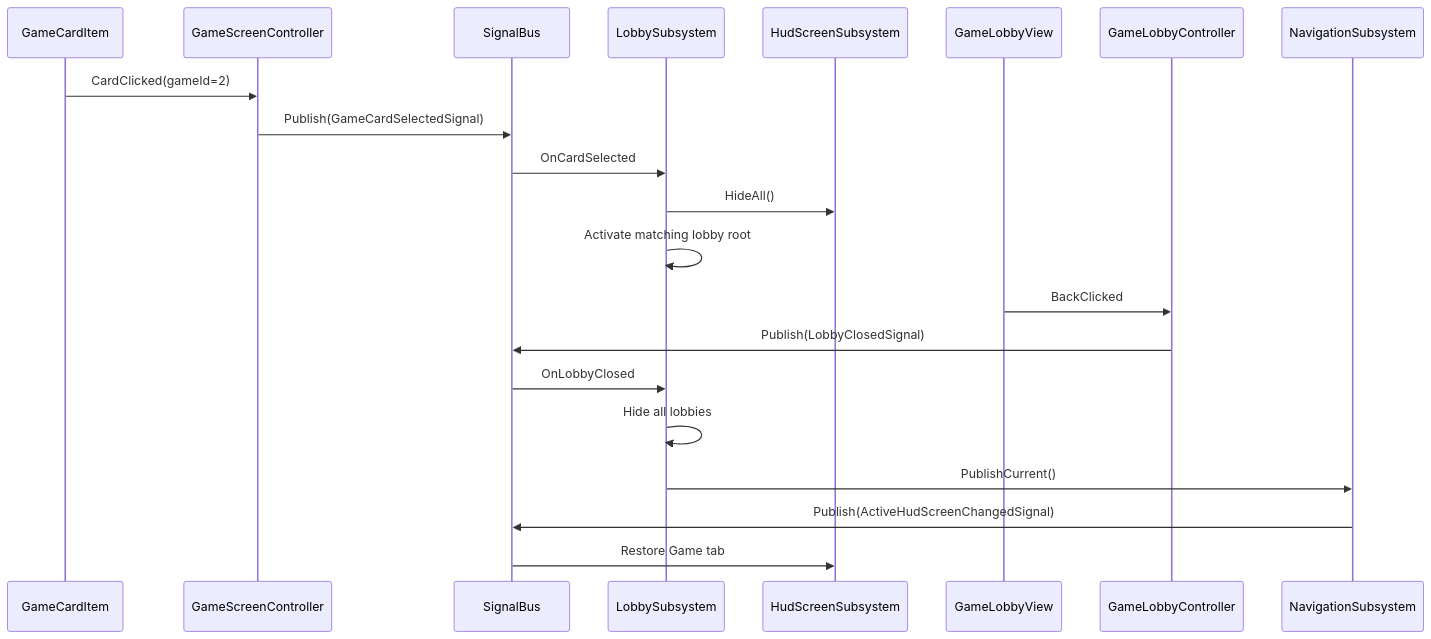
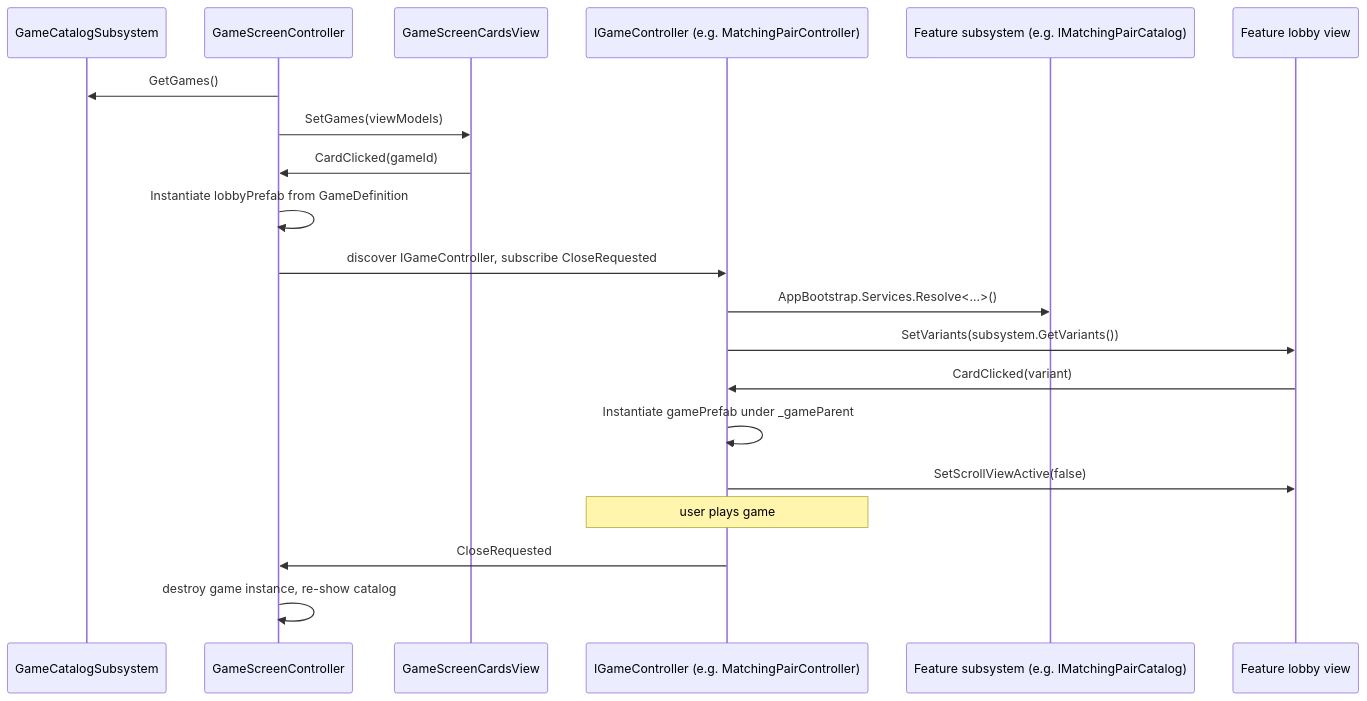
Before and after one commit to Satya1204/Puzzle: the second of 2 diagrams in docs/ARCHITECTURE.md, drawn with Mermaid. The commit also changed other lines of this file and 298 other files, not shown here.

````diff
--- a/docs/ARCHITECTURE.md
+++ b/docs/ARCHITECTURE.md
@@ -124,25 +160,24 @@
 ```mermaid
 sequenceDiagram
-    participant Item as GameCardItem
-    participant GCtrl as GameScreenController
-    participant Bus as SignalBus
-    participant Lobby as LobbySubsystem
-    participant Hud as HudScreenSubsystem
-    participant LView as GameLobbyView
-    participant LCtrl as GameLobbyController
-    participant Nav as NavigationSubsystem
+    participant Cat as GameCatalogSubsystem
+    participant GS as GameScreenController
+    participant Grid as GameScreenCardsView
+    participant IGC as IGameController (e.g. MatchingPairController)
+    participant Sub as Feature subsystem (e.g. IMatchingPairCatalog)
+    participant LView as Feature lobby view
 
-    Item->>GCtrl: CardClicked(gameId=2)
-    GCtrl->>Bus: Publish(GameCardSelectedSignal)
-    Bus->>Lobby: OnCardSelected
-    Lobby->>Hud: HideAll()
-    Lobby->>Lobby: Activate matching lobby root
+    GS->>Cat: GetGames()
+    GS->>Grid: SetGames(viewModels)
+    Grid->>GS: CardClicked(gameId)
+    GS->>GS: Instantiate lobbyPrefab from GameDefinition
+    GS->>IGC: discover IGameController, subscribe CloseRequested
+    IGC->>Sub: AppBootstrap.Services.Resolve<...>()
+    IGC->>LView: SetVariants(subsystem.GetVariants())
+    LView->>IGC: CardClicked(variant)
+    IGC->>IGC: Instantiate gamePrefab under _gameParent
+    IGC->>LView: SetScrollViewActive(false)
 
-    LView->>LCtrl: BackClicked
-    LCtrl->>Bus: Publish(LobbyClosedSignal)
-    Bus->>Lobby: OnLobbyClosed
-    Lobby->>Lobby: Hide all lobbies
-    Lobby->>Nav: PublishCurrent()
-    Nav->>Bus: Publish(ActiveHudScreenChangedSignal)
-    Bus->>Hud: Restore Game tab
+    Note over IGC: user plays game
+    IGC->>GS: CloseRequested
+    GS->>GS: destroy game instance, re-show catalog
 ```
````
